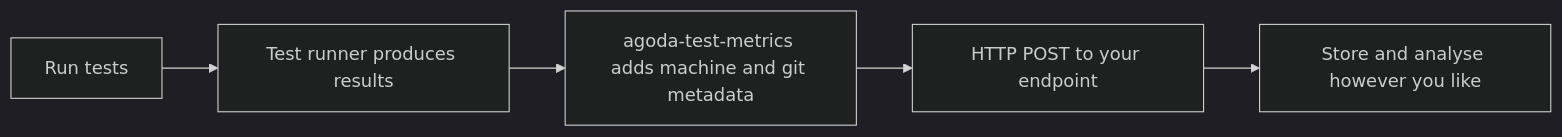
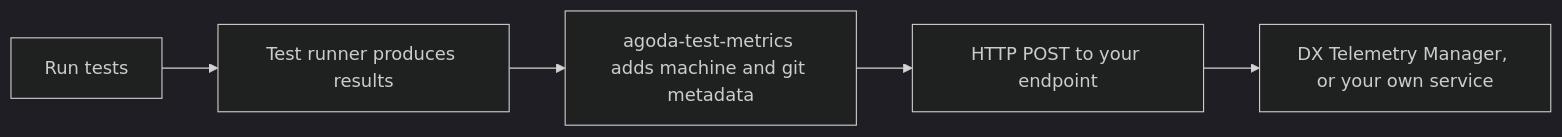
Before and after one commit to agoda-com/testresults-collector: the diagram in README.md, drawn with Mermaid (dark theme). The commit also changed other lines of this file, not shown here.

Commit message:
Point the README at DX Telemetry Manager as the receiving server

````diff
--- a/README.md
+++ b/README.md
@@ -24,7 +24,7 @@
 ```mermaid
 flowchart LR
     A[Run tests] --> B[Test runner produces results]
     B --> C[agoda-test-metrics adds machine and git metadata]
     C --> D[HTTP POST to your endpoint]
-    D --> E[Store and analyse however you like]
+    D --> E[DX Telemetry Manager, or your own service]
 ```
````
